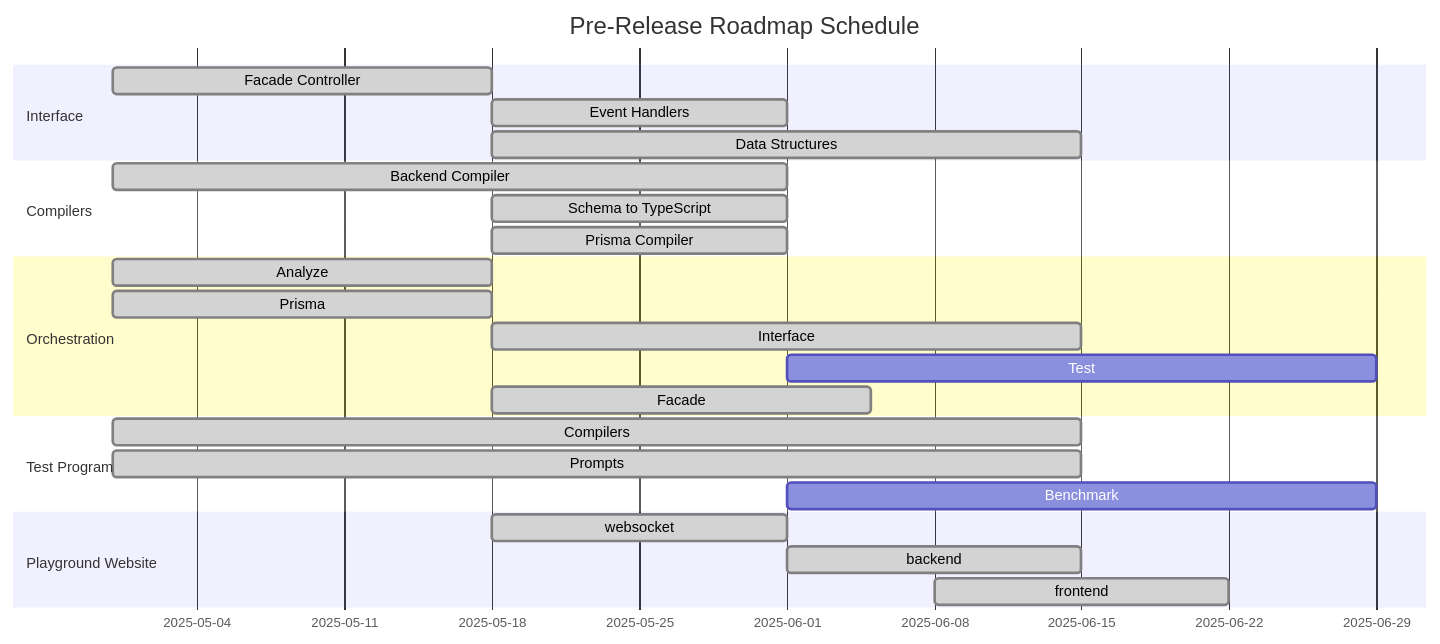
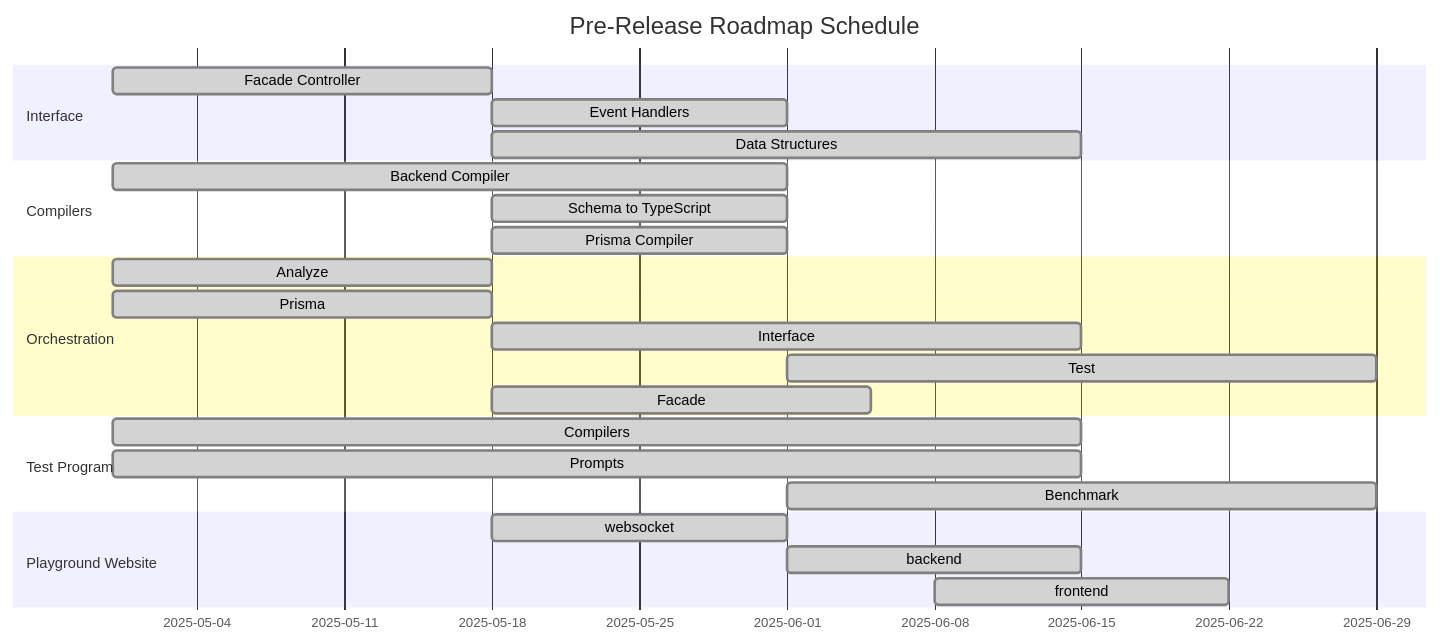
The diagram in website/src/content/docs/roadmap/alpha.mdx (RavenView-ai/autobe), drawn with Mermaid before and after one commit. The commit also changed 138 other files, not shown here.

````diff
--- a/website/src/content/docs/roadmap/alpha.mdx
+++ b/website/src/content/docs/roadmap/alpha.mdx
@@ -6,32 +6,32 @@
 ```mermaid
 gantt
   dateFormat YYYY-MM-DD
   title Pre-Release Roadmap Schedule
 
   section Interface
   Facade Controller: done, 2025-04-30, 18d
   Event Handlers:    done, 2025-05-18, 14d
   Data Structures:   done, 2025-05-18, 28d
 
   section Compilers
   Backend Compiler:     done, 2025-04-30, 32d
   Schema to TypeScript: done, 2025-05-18, 14d
   Prisma Compiler:      done, 2025-05-18, 14d
 
   section Orchestration
-  Analyze  : done,    2025-04-30, 18d
-  Prisma   : done,    2025-04-30, 18d
-  Interface: done,    2025-05-18, 28d
-  Test     : planned, 2025-06-01, 28d
-  Facade   : done,    2025-05-18, 18d
+  Analyze  : done, 2025-04-30, 18d
+  Prisma   : done, 2025-04-30, 18d
+  Interface: done, 2025-05-18, 28d
+  Test     : done, 2025-06-01, 28d
+  Facade   : done, 2025-05-18, 18d
 
   section Test Program
-  Compilers: done,    2025-04-30, 46d
-  Prompts:   done,    2025-04-30, 46d
-  Benchmark: planned, 2025-06-01, 28d
+  Compilers: done, 2025-04-30, 46d
+  Prompts:   done, 2025-04-30, 46d
+  Benchmark: done, 2025-06-01, 28d
 
   section Playground Website
   websocket: done, 2025-05-18, 14d
   backend  : done, 2025-06-01, 14d
   frontend : done, 2025-06-08, 14d
 ```
````
